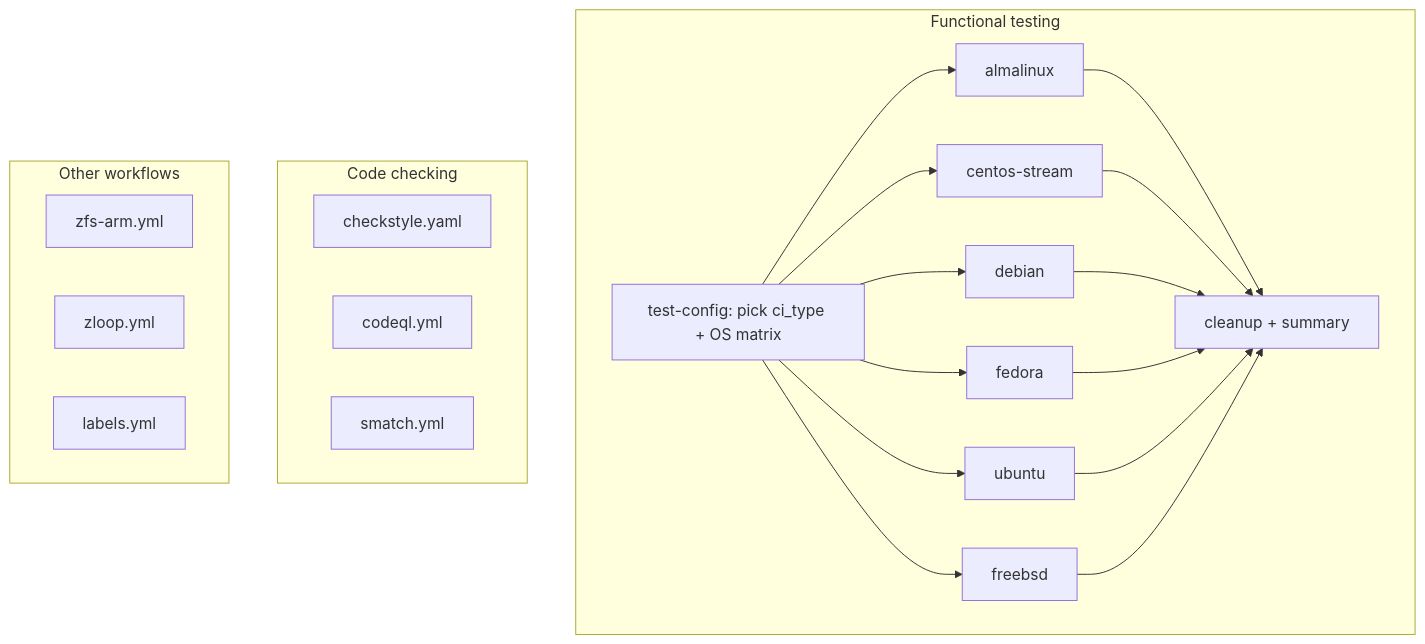
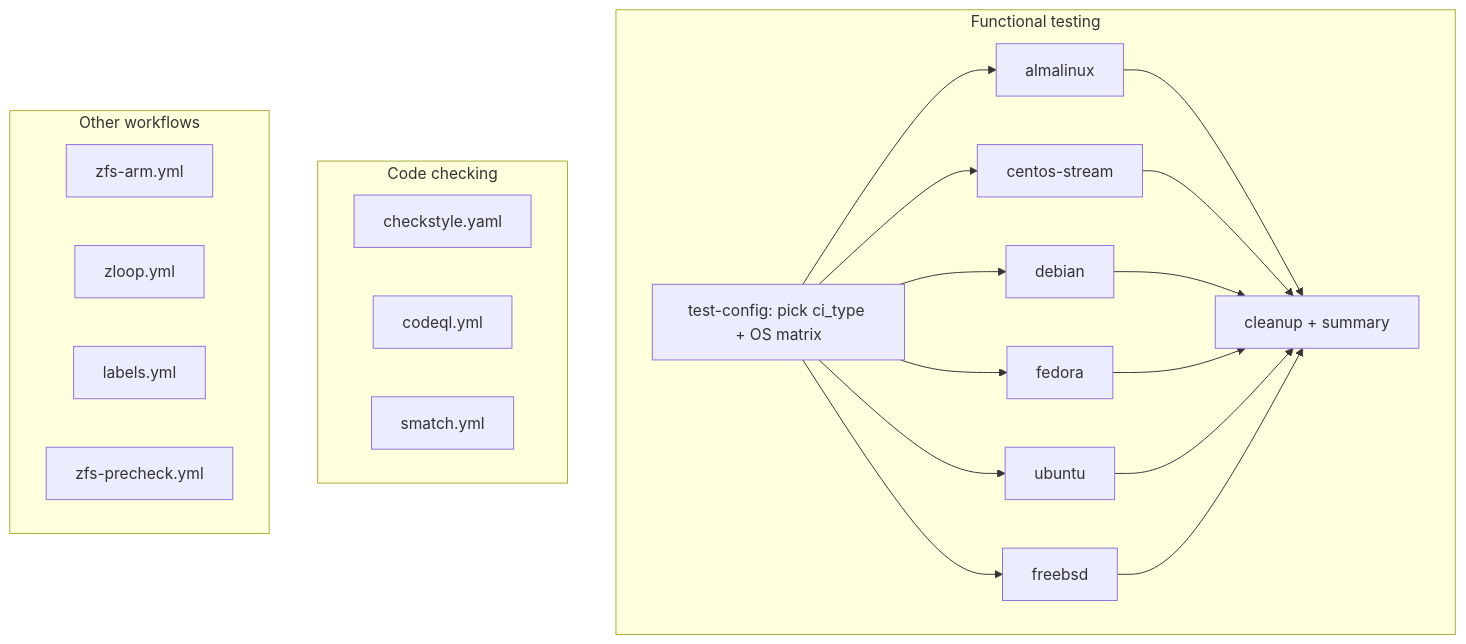
Before and after one commit to openzfsonwindows/openzfs: the diagram in .github/workflows/README.md, drawn with Mermaid. The commit also changed other lines of this file and 3 other files, not shown here.

````diff
--- a/.github/workflows/README.md
+++ b/.github/workflows/README.md
@@ -7,30 +7,31 @@
 ```mermaid
 flowchart TB
 subgraph Functional testing
   Setup[test-config: pick ci_type + OS matrix]
   Setup --> almalinux
   Setup --> centos[centos-stream]
   Setup --> debian
   Setup --> fedora
   Setup --> ubuntu
   Setup --> freebsd
   almalinux --> Cleanup[cleanup + summary]
   centos --> Cleanup
   debian --> Cleanup
   fedora --> Cleanup
   ubuntu --> Cleanup
   freebsd --> Cleanup
 end
 
 subgraph Code checking
   checkstyle.yaml
   codeql.yml
   smatch.yml
 end
 
 subgraph Other workflows
   zfs-arm.yml
   zloop.yml
   labels.yml
+  zfs-precheck.yml
 end
 ```
````
